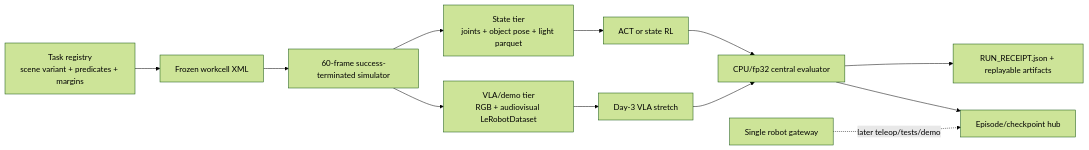
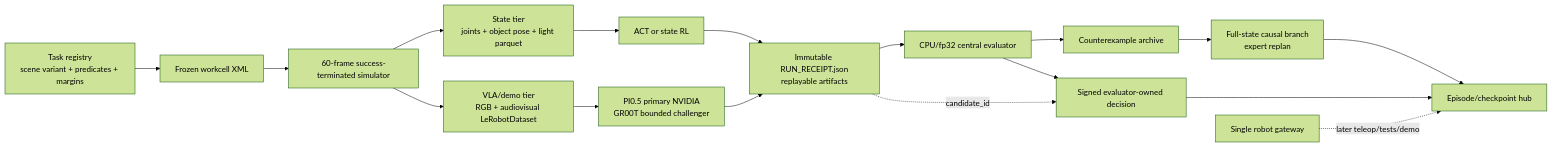
Before and after one commit to jakekinchen/sim-link: the fourth of 4 diagrams in reconstruction-kit/ARCHITECTURE.md, drawn with Mermaid (forest theme). The commit also changed other lines of this file and 5 other files, not shown here.

````diff
--- a/reconstruction-kit/ARCHITECTURE.md
+++ b/reconstruction-kit/ARCHITECTURE.md
@@ -143,14 +143,19 @@
 ```mermaid
 flowchart LR
     T[Task registry\nscene variant + predicates + margins] --> W[Frozen workcell XML]
     W --> E[60-frame success-terminated simulator]
     E --> S[State tier\njoints + object pose + light parquet]
     E --> V[VLA/demo tier\nRGB + audiovisual LeRobotDataset]
     S --> A[ACT or state RL]
-    V --> X[Day-3 VLA stretch]
-    A --> C[CPU/fp32 central evaluator]
-    X --> C
-    C --> R[RUN_RECEIPT.json + replayable artifacts]
-    C --> H[Episode/checkpoint hub]
+    V --> X[PI0.5 primary NVIDIA\nGR00T bounded challenger]
+    A --> R[Immutable RUN_RECEIPT.json\nreplayable artifacts]
+    X --> R
+    R --> C[CPU/fp32 central evaluator]
+    C --> D[Signed evaluator-owned decision]
+    R -. candidate_id .-> D
+    C --> Q[Counterexample archive]
+    Q --> B[Full-state causal branch\nexpert replan]
+    B --> H[Episode/checkpoint hub]
+    D --> H
     G[Single robot gateway] -. later teleop/tests/demo .-> H
 ```
````
